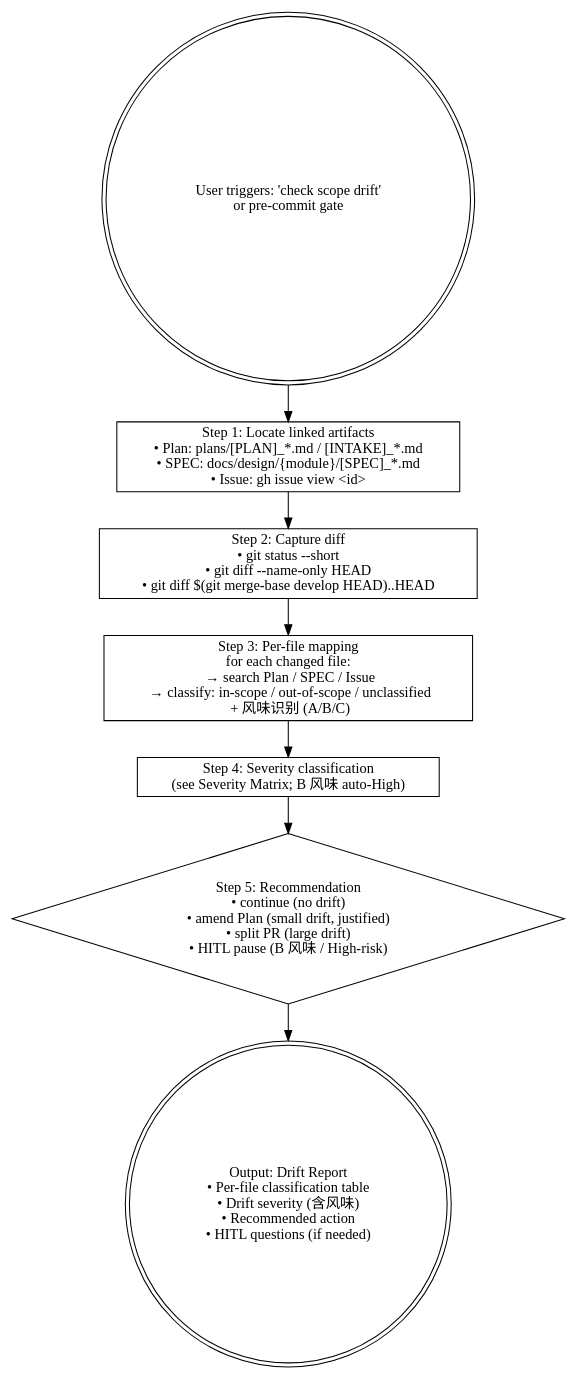
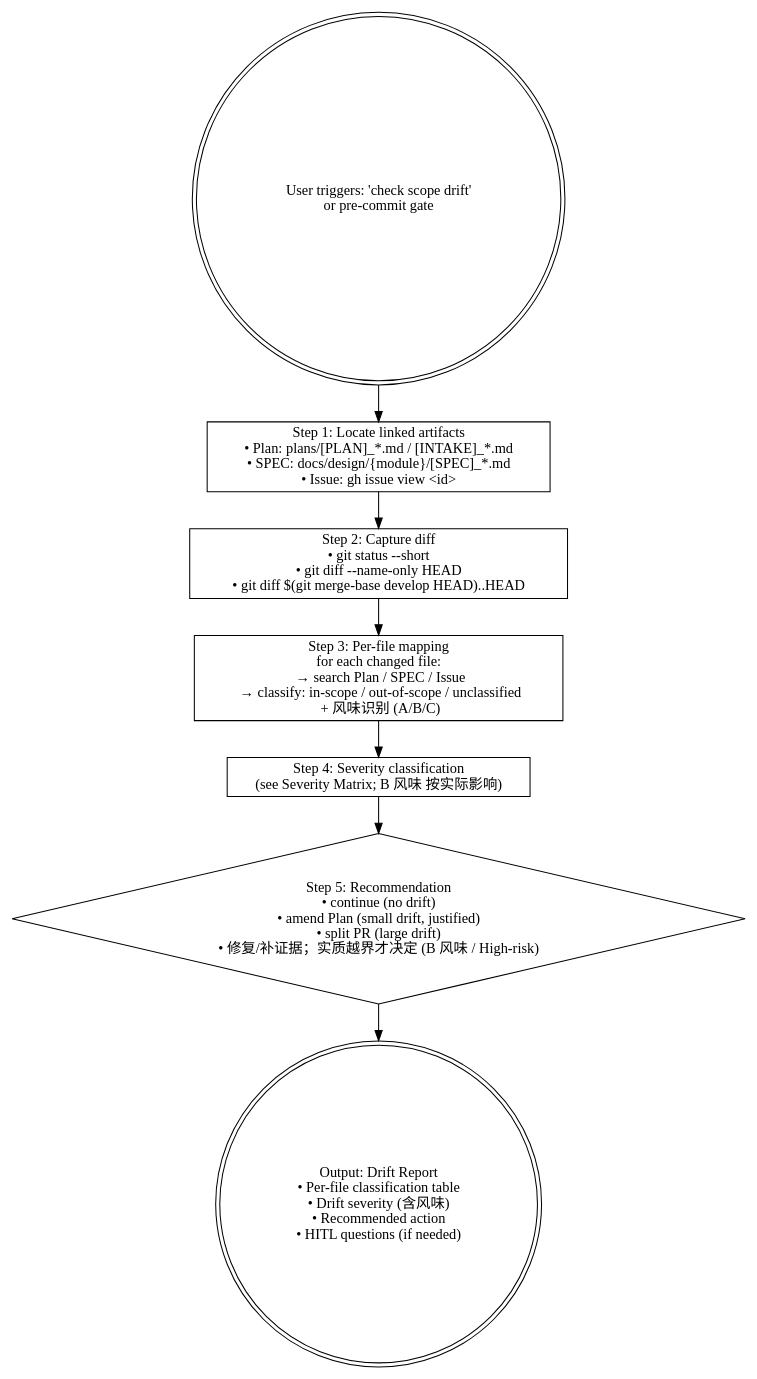
Before and after one commit to MJ-AgentLab/mj-agent: the diagram in .agents/skills/mj-agent-flow-scope-drift/SKILL.md, drawn with Graphviz. The commit also changed other lines of this file and 134 other files, not shown here.

````diff
--- a/.agents/skills/mj-agent-flow-scope-drift/SKILL.md
+++ b/.agents/skills/mj-agent-flow-scope-drift/SKILL.md
@@ -27,20 +28,20 @@
 ```dot
 digraph drift {
   rankdir=TB;
   start [label="User triggers: 'check scope drift'\nor pre-commit gate" shape=doublecircle];
 
   s1 [label="Step 1: Locate linked artifacts\n• Plan: plans/[PLAN]_*.md / [INTAKE]_*.md\n• SPEC: docs/design/{module}/[SPEC]_*.md\n• Issue: gh issue view <id>" shape=box];
 
   s2 [label="Step 2: Capture diff\n• git status --short\n• git diff --name-only HEAD\n• git diff $(git merge-base develop HEAD)..HEAD" shape=box];
 
   s3 [label="Step 3: Per-file mapping\nfor each changed file:\n  → search Plan / SPEC / Issue\n  → classify: in-scope / out-of-scope / unclassified\n  + 风味识别 (A/B/C)" shape=box];
 
-  s4 [label="Step 4: Severity classification\n(see Severity Matrix; B 风味 auto-High)" shape=box];
+  s4 [label="Step 4: Severity classification\n(see Severity Matrix; B 风味 按实际影响)" shape=box];
 
-  s5 [label="Step 5: Recommendation\n• continue (no drift)\n• amend Plan (small drift, justified)\n• split PR (large drift)\n• HITL pause (B 风味 / High-risk)" shape=diamond];
+  s5 [label="Step 5: Recommendation\n• continue (no drift)\n• amend Plan (small drift, justified)\n• split PR (large drift)\n• 修复/补证据；实质越界才决定 (B 风味 / High-risk)" shape=diamond];
 
   out [label="Output: Drift Report\n• Per-file classification table\n• Drift severity (含风味)\n• Recommended action\n• HITL questions (if needed)" shape=doublecircle];
 
   start -> s1 -> s2 -> s3 -> s4 -> s5 -> out;
 }
 ```
````
